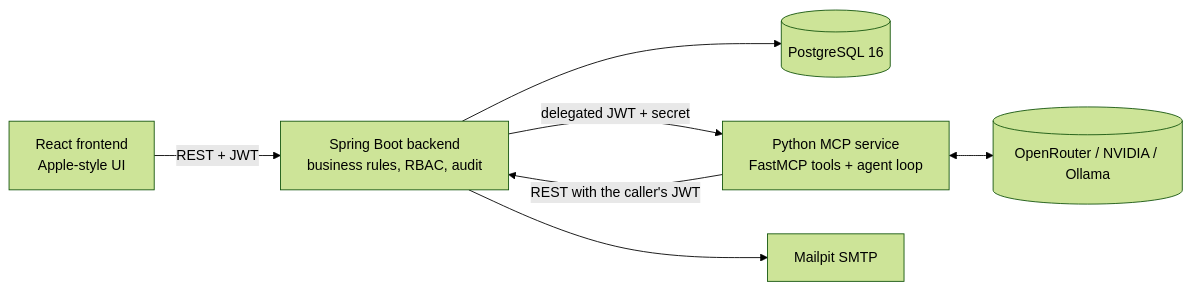
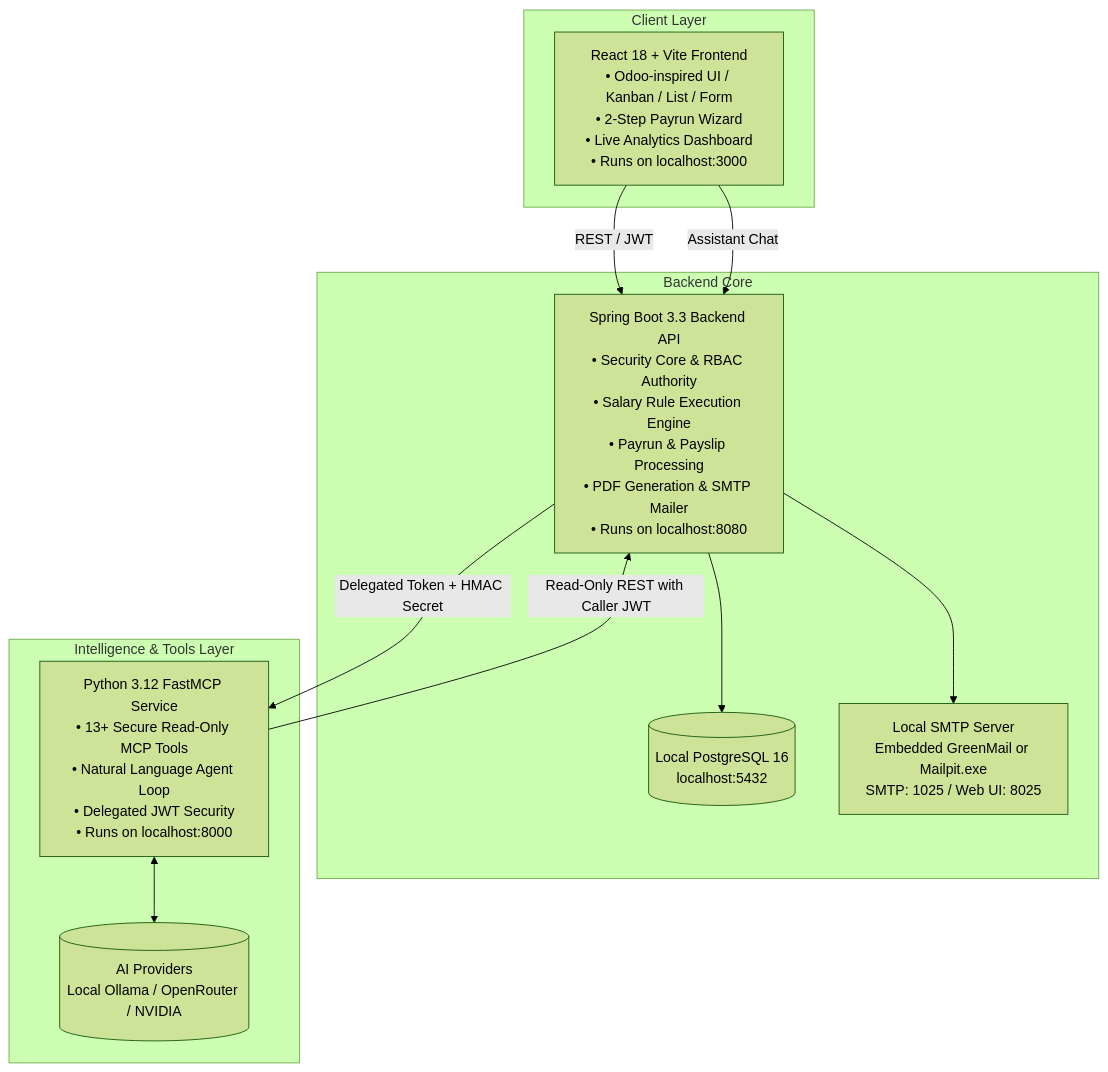
One commit to Piyushtanwani/PeoplePay360-HR-Payroll changed the diagram in README.md. Above: the diagram before and after it, drawn with Mermaid (forest theme). The commit also changed other lines of this file and 1 other file, not shown here.

````diff
--- a/README.md
+++ b/README.md
@@ -7,9 +14,25 @@
 ```mermaid
-flowchart LR
-  FE[React frontend<br/>Apple-style UI] -- REST + JWT --> BE[Spring Boot backend<br/>business rules, RBAC, audit]
-  BE --> PG[(PostgreSQL 16)]
-  BE -- delegated JWT + secret --> MCP[Python MCP service<br/>FastMCP tools + agent loop]
-  MCP -- REST with the caller's JWT --> BE
-  MCP <--> LLM[(OpenRouter / NVIDIA / Ollama)]
-  BE --> MAIL[Mailpit SMTP]
+flowchart TD
+    subgraph Client Layer
+        FE[React 18 + Vite Frontend<br/>• Odoo-inspired UI / Kanban / List / Form<br/>• 2-Step Payrun Wizard<br/>• Live Analytics Dashboard<br/>• Runs on localhost:3000]
+    end
+
+    subgraph Backend Core
+        BE[Spring Boot 3.3 Backend API<br/>• Security Core & RBAC Authority<br/>• Salary Rule Execution Engine<br/>• Payrun & Payslip Processing<br/>• PDF Generation & SMTP Mailer<br/>• Runs on localhost:8080]
+        DB[(Local PostgreSQL 16<br/>localhost:5432)]
+        MAIL[Local SMTP Server<br/>Embedded GreenMail or Mailpit.exe<br/>SMTP: 1025 / Web UI: 8025]
+    end
+
+    subgraph Intelligence & Tools Layer
+        MCP[Python 3.12 FastMCP Service<br/>• 13+ Secure Read-Only MCP Tools<br/>• Natural Language Agent Loop<br/>• Delegated JWT Security<br/>• Runs on localhost:8000]
+        LLM[(AI Providers<br/>Local Ollama / OpenRouter / NVIDIA)]
+    end
+
+    FE -- REST / JWT --> BE
+    BE --> DB
+    BE --> MAIL
+    FE -- Assistant Chat --> BE
+    BE -- Delegated Token + HMAC Secret --> MCP
+    MCP -- Read-Only REST with Caller JWT --> BE
+    MCP <--> LLM
 ```
````
